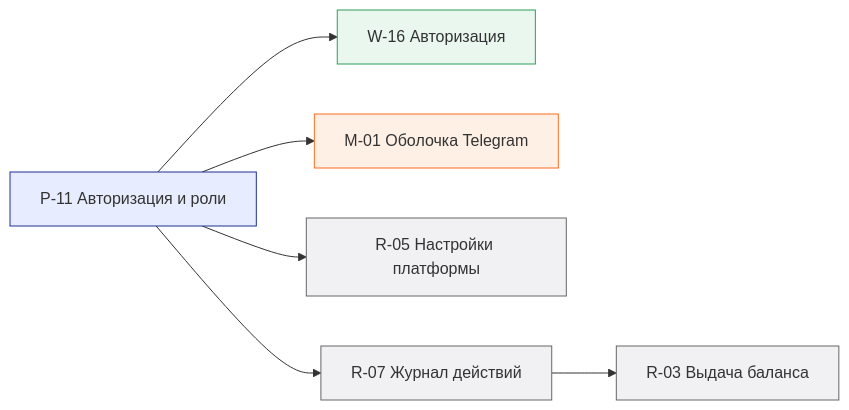
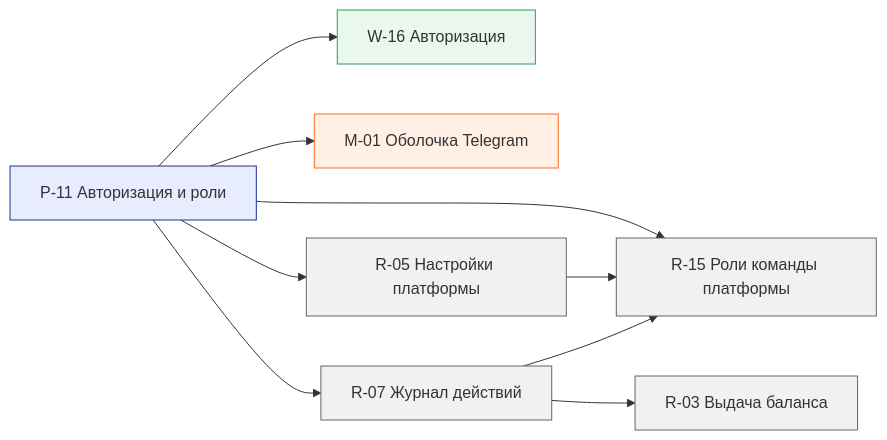
Diagram 14 of 19 in docs/design/reference-v3/specs/links.md (trafficolog/volleytime), drawn with Mermaid before and after one commit. The commit also changed other lines of this file and 80 other files, not shown here.

First line of the commit message:
docs(19.0.4): решения владельца 2026-11-24 и роли команды платформы

````diff
--- a/docs/design/reference-v3/specs/links.md
+++ b/docs/design/reference-v3/specs/links.md
@@ -405,18 +405,22 @@
 ```mermaid
 graph LR
   P_11["P-11 Авторизация и роли"]:::P
   W_16["W-16 Авторизация"]:::W
   M_01["M-01 Оболочка Telegram"]:::M
   R_05["R-05 Настройки платформы"]:::R
   R_07["R-07 Журнал действий"]:::R
   R_03["R-03 Выдача баланса"]:::R
+  R_15["R-15 Роли команды платформы"]:::R
   P_11 --> W_16
   P_11 --> M_01
   P_11 --> R_05
   P_11 --> R_07
   R_07 --> R_03
+  P_11 --> R_15
+  R_05 --> R_15
+  R_07 --> R_15
   classDef P fill:#E8ECFF,stroke:#1F2E96
   classDef M fill:#FFF0E6,stroke:#FF6B1F
   classDef W fill:#E9F7EE,stroke:#2E9E5B
   classDef R fill:#F1F1F4,stroke:#666
 ```
````
